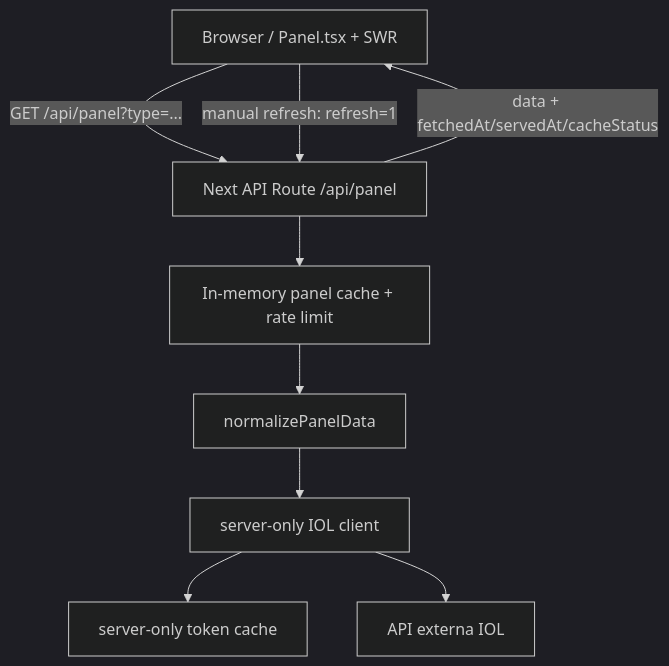
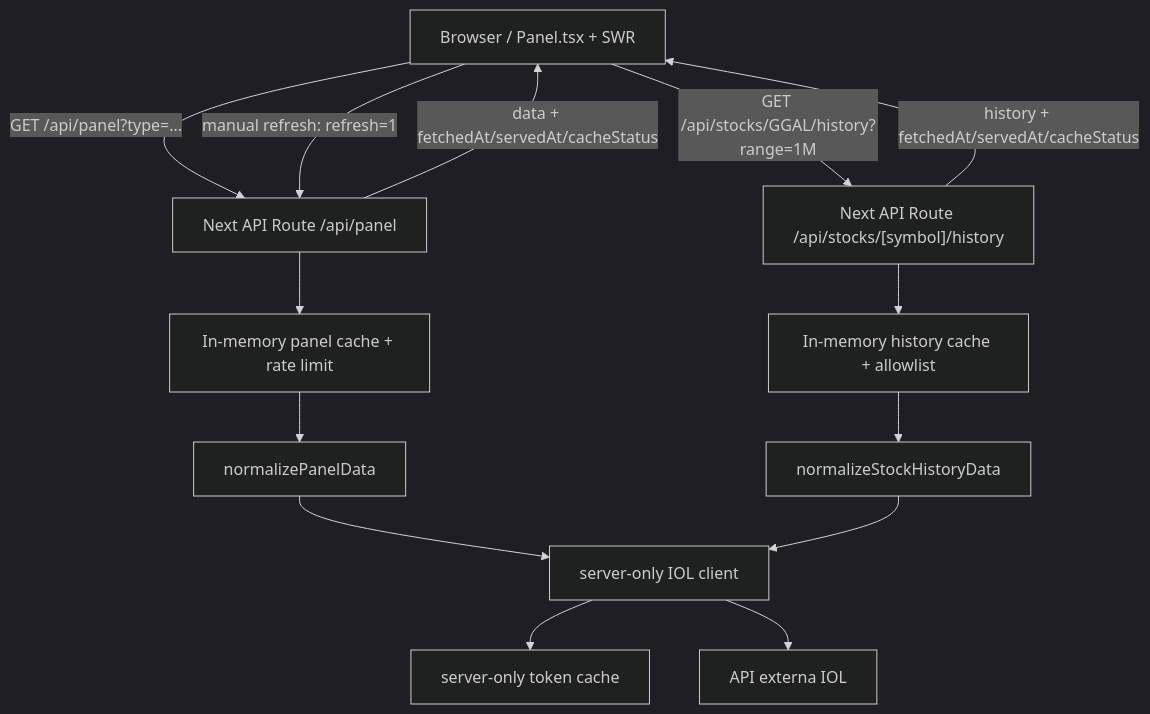
One commit to emanueltivano/argentina-market-tracker changed the diagram in README.md. Above: the diagram before and after it, drawn with Mermaid (dark theme). The commit also changed other lines of this file and 18 other files, not shown here.

````diff
--- a/README.md
+++ b/README.md
@@ -90,19 +108,27 @@
 ```mermaid
 flowchart TD
   Browser["Browser / Panel.tsx + SWR"]
   Api["Next API Route /api/panel"]
+  HistoryApi["Next API Route /api/stocks/[symbol]/history"]
   Cache["In-memory panel cache + rate limit"]
+  HistoryCache["In-memory history cache + allowlist"]
   Normalize["normalizePanelData"]
+  NormalizeHistory["normalizeStockHistoryData"]
   IolClient["server-only IOL client"]
   Token["server-only token cache"]
   Iol["API externa IOL"]
 
   Browser -->|"GET /api/panel?type=..."| Api
+  Browser -->|"GET /api/stocks/GGAL/history?range=1M"| HistoryApi
   Browser -->|"manual refresh: refresh=1"| Api
   Api --> Cache
   Cache --> Normalize
+  HistoryApi --> HistoryCache
+  HistoryCache --> NormalizeHistory
   Normalize --> IolClient
+  NormalizeHistory --> IolClient
   IolClient --> Token
   IolClient --> Iol
   Api -->|"data + fetchedAt/servedAt/cacheStatus"| Browser
+  HistoryApi -->|"history + fetchedAt/servedAt/cacheStatus"| Browser
 ```
````
